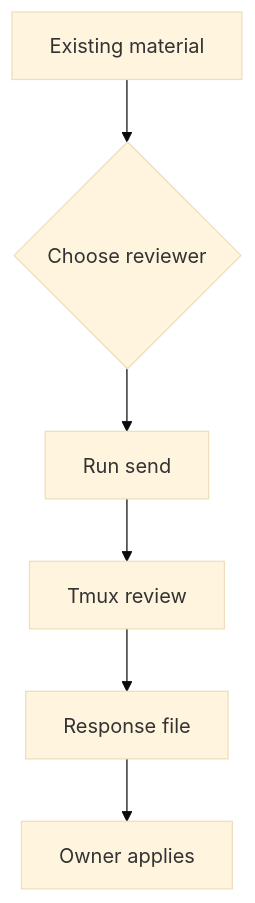
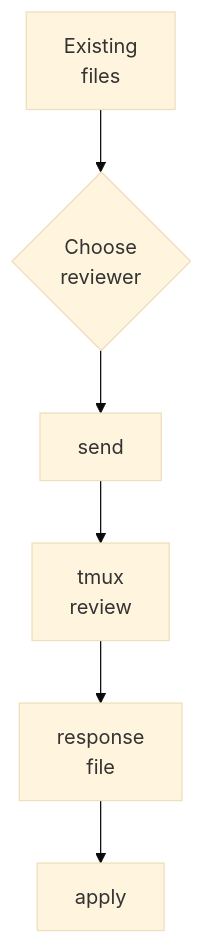
One commit to TrailblazerSR/ask-tmux-pipeline changed the second of 7 diagrams in README.md. Above: the diagram before and after it, drawn with Mermaid (base theme). The commit also changed other lines of this file, not shown here.

First line of the commit message:
Wrap Mermaid labels for reliable GitHub rendering

````diff
--- a/README.md
+++ b/README.md
@@ -118,11 +119,15 @@
 ```mermaid
 flowchart TD
     accTitle: Review Existing Material
     accDescr: Review flow for sending existing files or artifacts to a reusable tmux Claude or Codex consultant session
 
-    existing_material[Existing material] --> choose_reviewer{Choose reviewer}
-    choose_reviewer --> send_packet[Run send]
-    send_packet --> tmux_review[Tmux review]
-    tmux_review --> response_file[Response file]
-    response_file --> owner_apply[Owner applies]
+    existing_material["`Existing
+    files`"] --> choose_reviewer{"`Choose
+    reviewer`"}
+    choose_reviewer --> send_packet["`send`"]
+    send_packet --> tmux_review["`tmux
+    review`"]
+    tmux_review --> response_file["`response
+    file`"]
+    response_file --> owner_apply["`apply`"]
 ```
````
